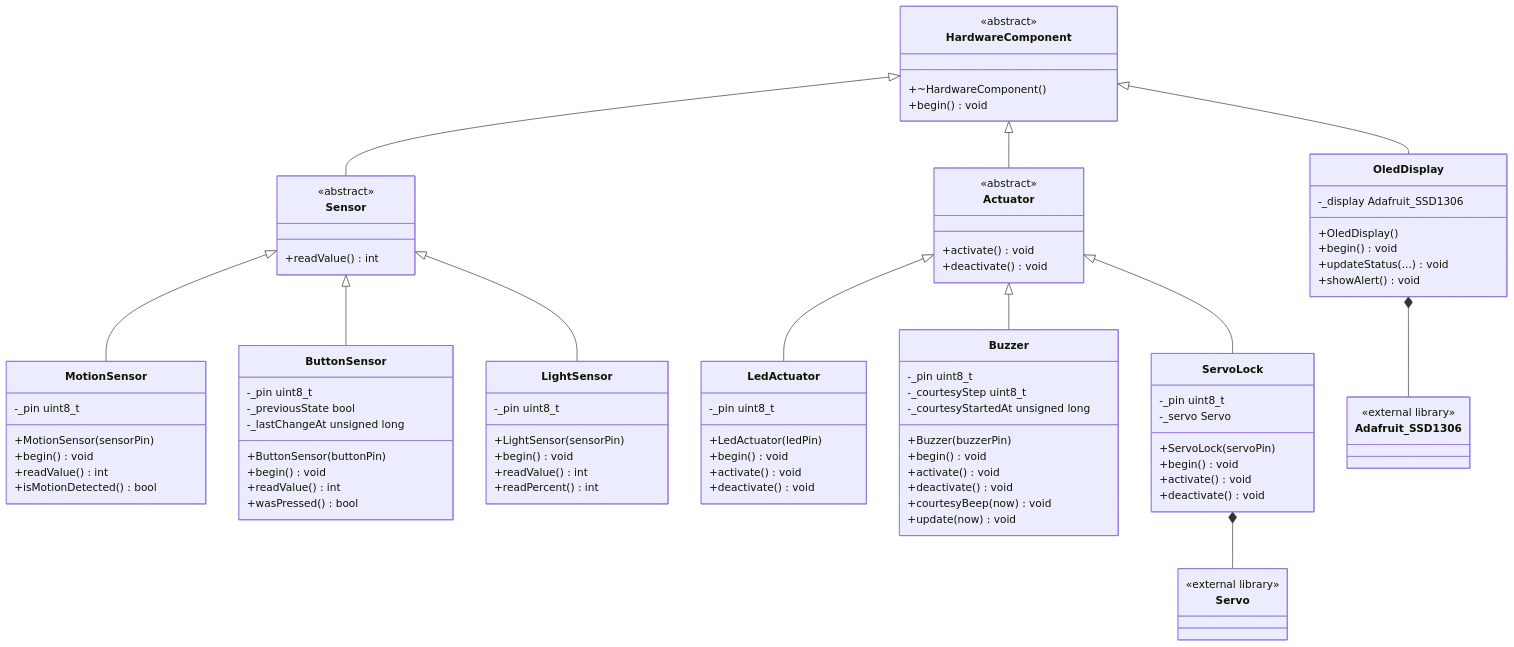
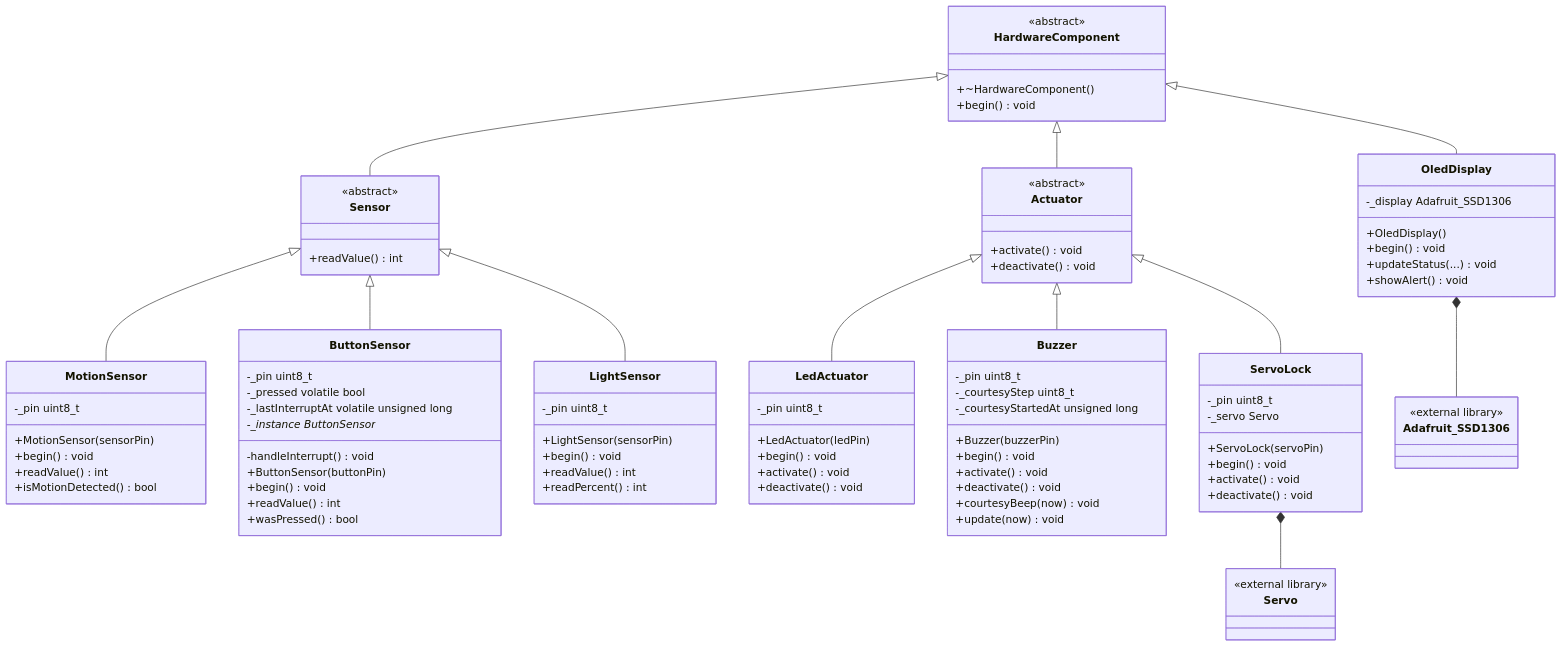
One commit to IslamAsar/Motion-Activated-Security-System changed the diagram in README.md. Above: the diagram before and after it, drawn with Mermaid. The commit also changed other lines of this file and 2 other files, not shown here.

Commit message:
Restore interrupt-driven button handling

```diff
--- a/README.md
+++ b/README.md
@@ -117,8 +117,10 @@
 	}
 	class ButtonSensor {
 		-_pin uint8_t
-		-_previousState bool
-		-_lastChangeAt unsigned long
+		-_pressed volatile bool
+		-_lastInterruptAt volatile unsigned long
+		-_instance ButtonSensor*
+		-handleInterrupt() void
 		+ButtonSensor(buttonPin)
 		+begin() void
 		+readValue() int
```
